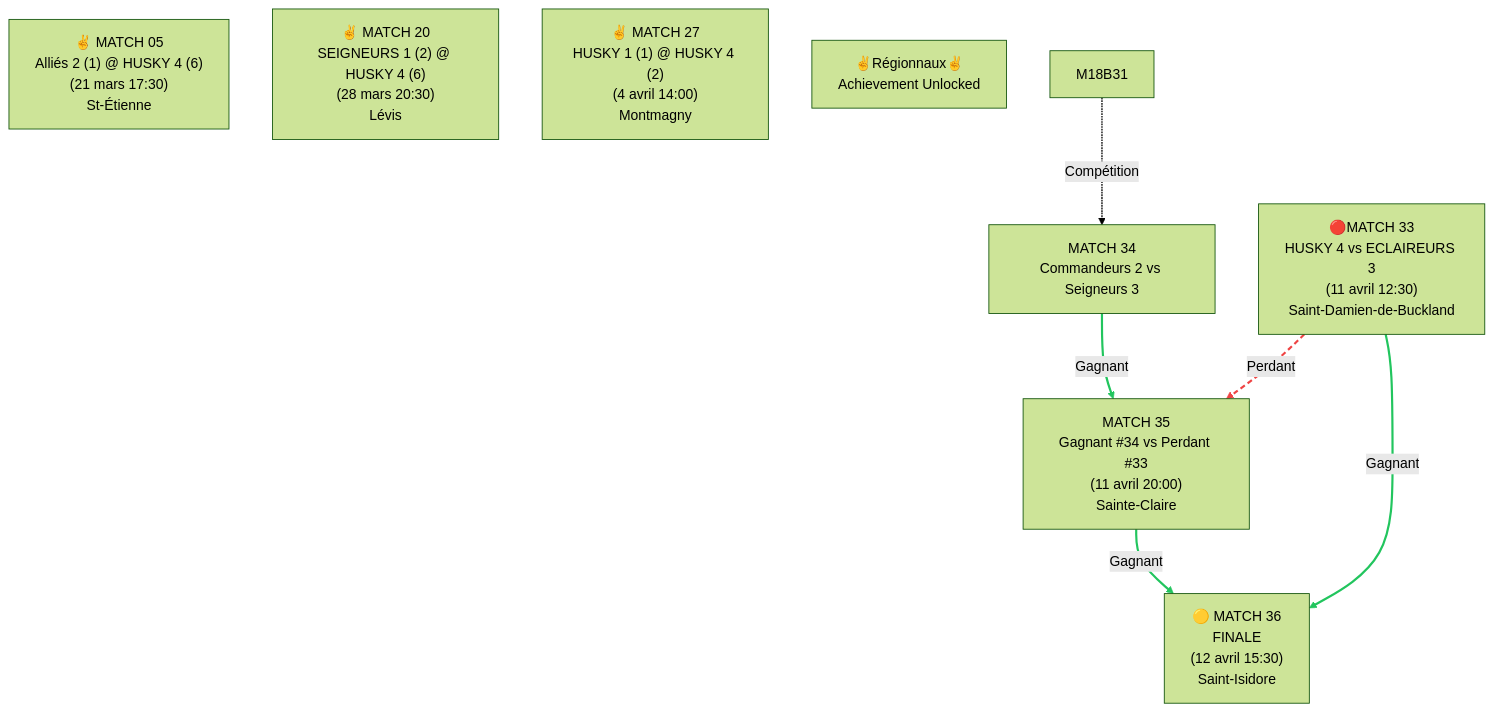
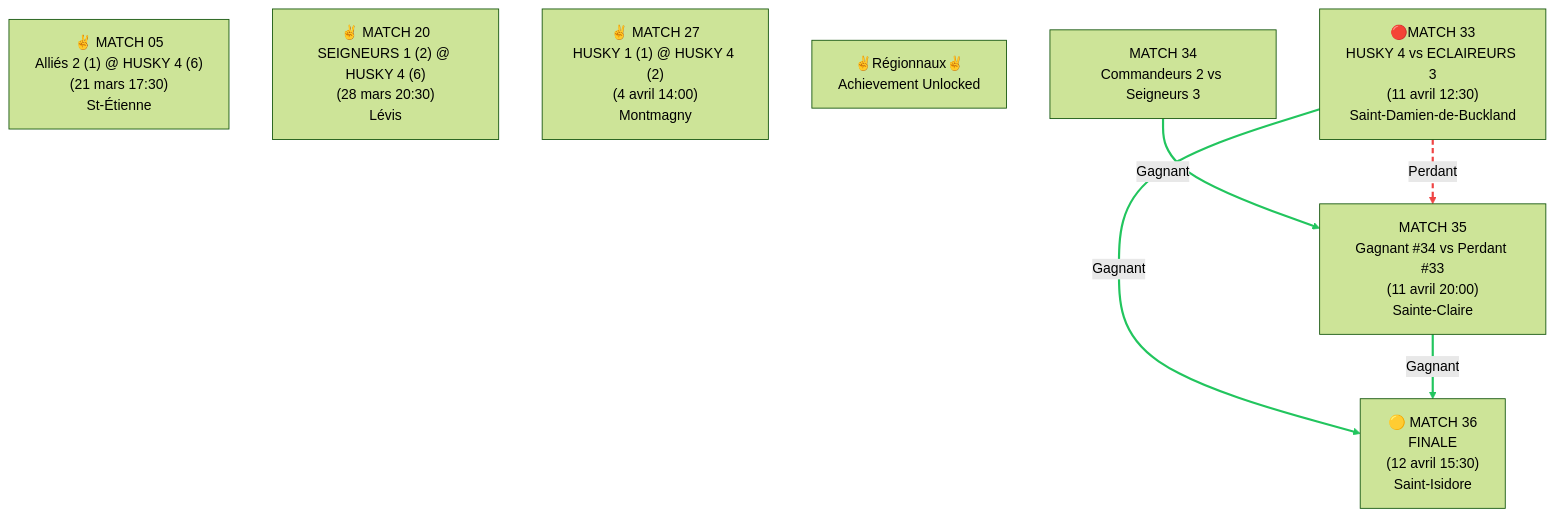
One commit to voltogyre/horaire-serie-2026 changed the first of 2 diagrams in Xavier.md. Above: the diagram before and after it, drawn with Mermaid (forest theme).

Commit message:
you don't succeed

````diff
--- a/Xavier.md
+++ b/Xavier.md
@@ -7,22 +7,21 @@
 ```mermaid
 graph TD
     M18B05["✌️ MATCH 05<br/>Alliés 2 (1) @ HUSKY 4 (6)<br/>(21 mars 17:30)<br/>St-Étienne"]
     M18B20["✌️ MATCH 20<br/>SEIGNEURS 1 (2) @ HUSKY 4 (6)<br/>(28 mars 20:30)<br/>Lévis"] 
     M18B27["✌️ MATCH 27<br/>HUSKY 1 (1) @ HUSKY 4 (2)<br/>(4 avril 14:00)<br/>Montmagny"]
     W["✌️Régionnaux✌️<br/>Achievement Unlocked"]
     M18B34["MATCH 34<br/>Commandeurs 2 vs Seigneurs 3"]
     
     M18B33["🔴MATCH 33<br/>HUSKY 4 vs ECLAIREURS 3<br/>(11 avril 12:30)<br/>Saint-Damien-de-Buckland"]
     M18B33 -->|Gagnant| M18B36["🟡 MATCH 36<br/>FINALE<br/>(12 avril 15:30)<br/>Saint-Isidore"]
     M18B34 -->|Gagnant| M18B35["MATCH 35<br/>Gagnant #34 vs Perdant #33<br/>(11 avril 20:00)<br/>Sainte-Claire"]
     M18B35 -->|Gagnant| M18B36
     M18B33 -->|Perdant| M18B35
-    M18B31 -->|Compétition| M18B34
     
     linkStyle 0,1,2 stroke:#22c55e,stroke-width:2.5px
     linkStyle 3 stroke:#ef4444,stroke-width:2.5px,stroke-dasharray:6 4
-    linkStyle 4 stroke:##1b75be,stroke-width:1.5px,stroke-dasharray: 2 1
+    
     
 
 
 ```
````
